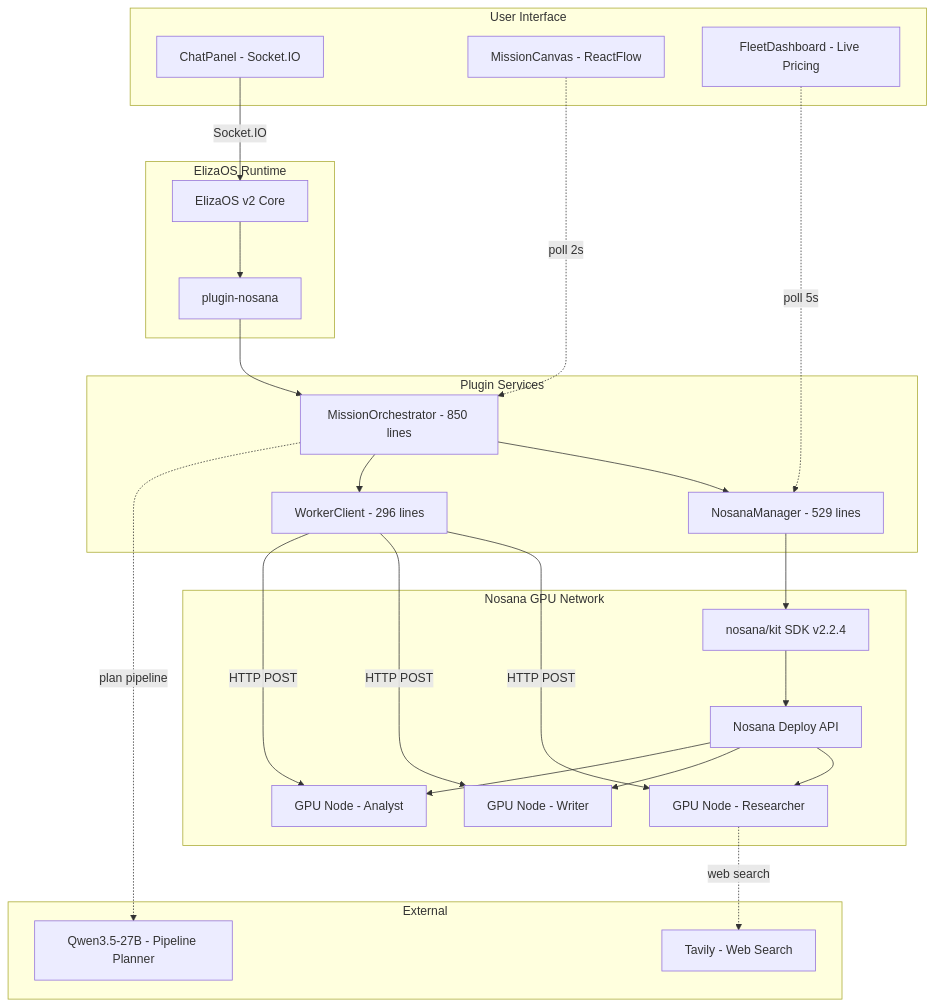
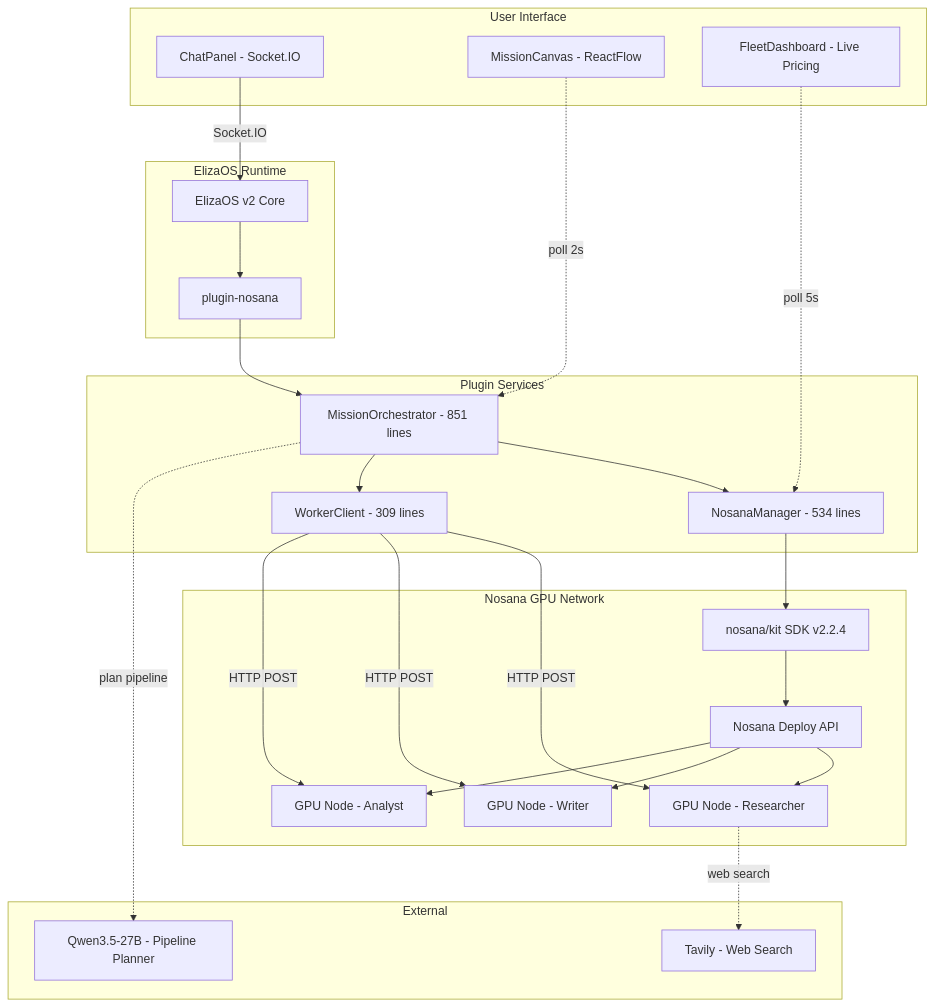
One commit to Andy00L/agent-challenge-4 changed the first of 7 diagrams in ARCHITECTURE.md. Above: the diagram before and after it, drawn with Mermaid. The commit also changed other lines of this file and 31 other files, not shown here.

````diff
--- a/ARCHITECTURE.md
+++ b/ARCHITECTURE.md
@@ -7,45 +7,45 @@
 ```mermaid
 graph TB
     subgraph User Interface
         Chat[ChatPanel - Socket.IO]
         Canvas[MissionCanvas - ReactFlow]
         Fleet[FleetDashboard - Live Pricing]
     end
     subgraph ElizaOS Runtime
         Core[ElizaOS v2 Core]
         Plugin[plugin-nosana]
     end
     subgraph Plugin Services
-        Orch[MissionOrchestrator - 850 lines]
-        Manager[NosanaManager - 529 lines]
-        Worker[WorkerClient - 296 lines]
+        Orch[MissionOrchestrator - 851 lines]
+        Manager[NosanaManager - 534 lines]
+        Worker[WorkerClient - 309 lines]
     end
     subgraph Nosana GPU Network
         SDK[nosana/kit SDK v2.2.4]
         API[Nosana Deploy API]
         GPU1[GPU Node - Researcher]
         GPU2[GPU Node - Writer]
         GPU3[GPU Node - Analyst]
     end
     subgraph External
         LLM[Qwen3.5-27B - Pipeline Planner]
         Tavily[Tavily - Web Search]
     end
     Chat -->|Socket.IO| Core
     Core --> Plugin
     Plugin --> Orch
     Orch --> Manager
     Orch --> Worker
     Manager --> SDK
     SDK --> API
     API --> GPU1
     API --> GPU2
     API --> GPU3
     Worker -->|HTTP POST| GPU1
     Worker -->|HTTP POST| GPU2
     Worker -->|HTTP POST| GPU3
     GPU1 -.->|web search| Tavily
     Orch -.->|plan pipeline| LLM
     Canvas -.->|poll 2s| Orch
     Fleet -.->|poll 5s| Manager
 ```
````
